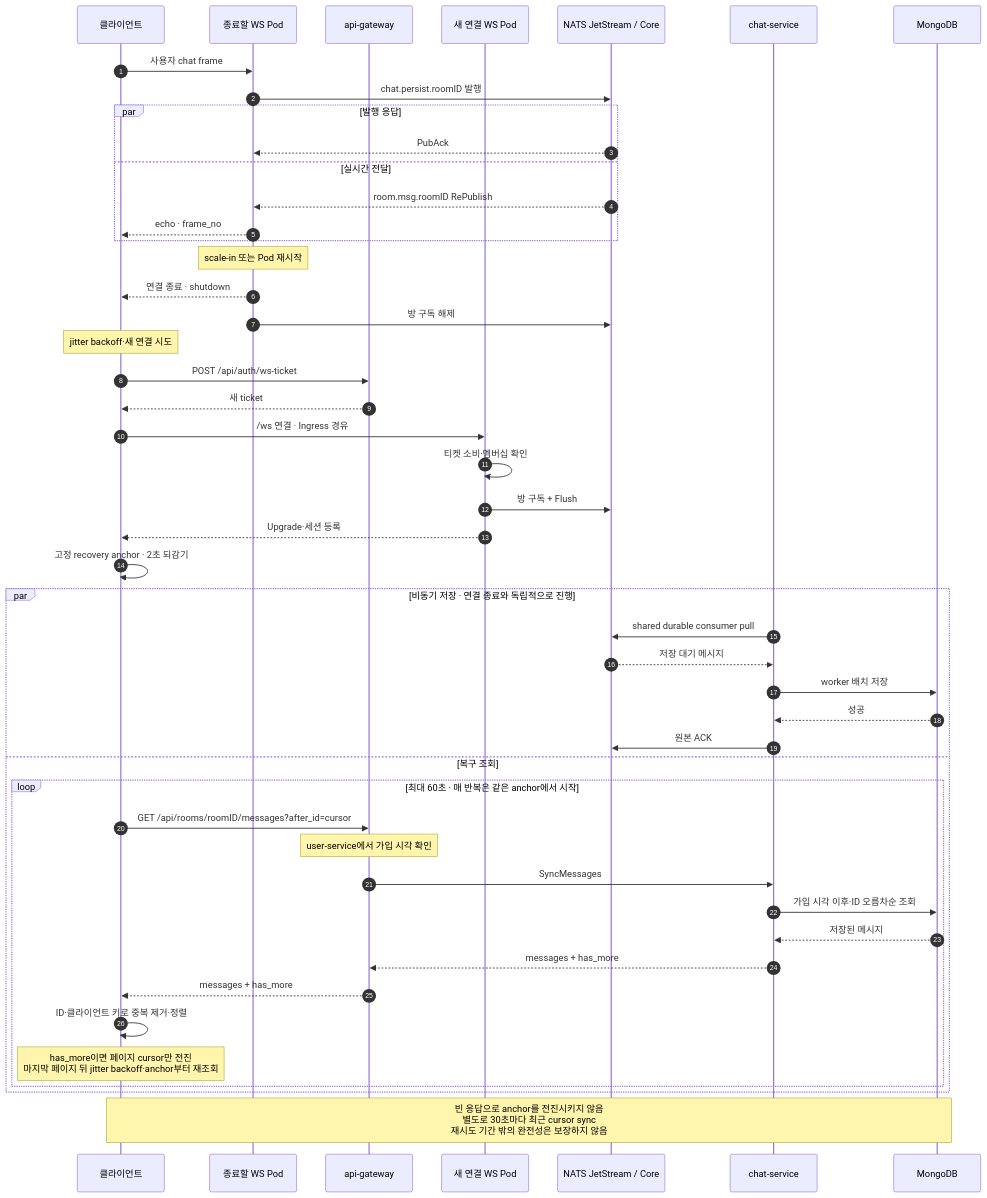
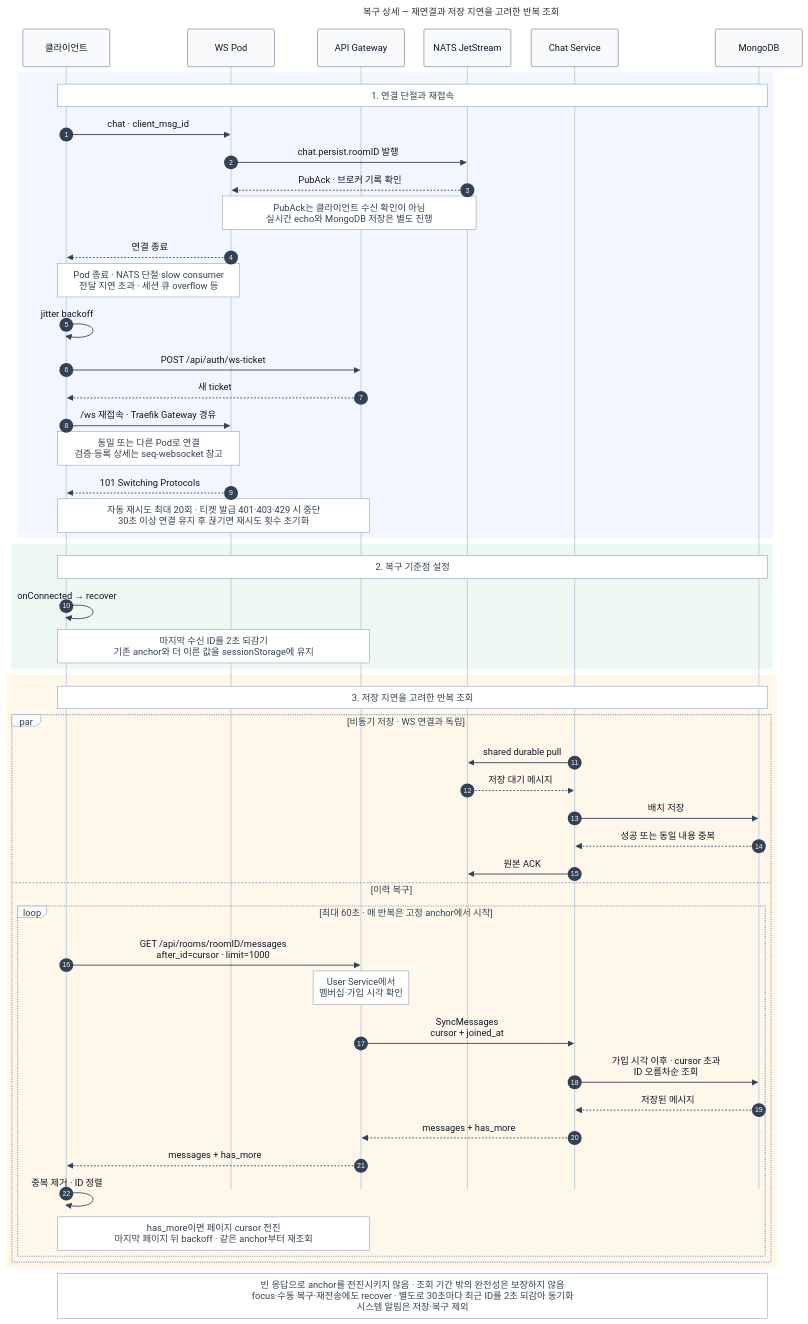
One commit to happyhun/go-chat-msa changed the diagram in docs/diagrams/seq-reconnect-recovery.mmd. Above: the diagram before and after it, drawn with Mermaid. The commit also changed 5 other files, not shown here.

Commit message:
docs: 다이어그램 최신화

```diff
--- a/docs/diagrams/seq-reconnect-recovery.mmd
+++ b/docs/diagrams/seq-reconnect-recovery.mmd
@@ -1,49 +1,78 @@
+---
+title: 복구 상세 — 재연결과 저장 지연을 고려한 반복 조회
+config:
+  theme: base
+  themeVariables:
+    actorBkg: '#f8fafc'
+    actorBorder: '#64748b'
+    actorTextColor: '#0f172a'
+    actorLineColor: '#cbd5e1'
+    signalColor: '#334155'
+    signalTextColor: '#0f172a'
+    noteBkgColor: '#ffffff'
+    noteBorderColor: '#94a3b8'
+    noteTextColor: '#334155'
+    labelBoxBkgColor: '#f8fafc'
+    labelBoxBorderColor: '#94a3b8'
+    labelTextColor: '#334155'
+    loopTextColor: '#334155'
+  sequence:
+    mirrorActors: false
+    actorMargin: 30
+    messageMargin: 25
+---
 sequenceDiagram
     autonumber
     participant C as 클라이언트
-    participant Old as 종료할 WS Pod
-    participant API as api-gateway
-    participant New as 새 연결 WS Pod
-    participant JS as NATS JetStream / Core
-    participant Chat as chat-service
+    participant WS as WS Pod
+    participant API as API Gateway
+    participant JS as NATS JetStream
+    participant Chat as Chat Service
     participant DB as MongoDB
 
-    C->>Old: 사용자 chat frame
-    Old->>JS: chat.persist.roomID 발행
-    par 발행 응답
-        JS-->>Old: PubAck
-    and 실시간 전달
-        JS-->>Old: room.msg.roomID RePublish
-        Old-->>C: echo · frame_no
+    rect rgb(241, 246, 255)
+        Note over C,DB: 1. 연결 단절과 재접속
+        C->>WS: chat · client_msg_id
+        WS->>JS: chat.persist.roomID 발행
+        JS-->>WS: PubAck · 브로커 기록 확인
+        Note over WS,JS: PubAck는 클라이언트 수신 확인이 아님<br/>실시간 echo와 MongoDB 저장은 별도 진행
+        WS-->>C: 연결 종료
+        Note over C,WS: Pod 종료 · NATS 단절·slow consumer<br/>전달 지연 초과 · 세션 큐 overflow 등
+        C->>C: jitter backoff
+        C->>API: POST /api/auth/ws-ticket
+        API-->>C: 새 ticket
+        C->>WS: /ws 재접속 · Traefik Gateway 경유
+        Note over C,WS: 동일 또는 다른 Pod로 연결<br/>검증·등록 상세는 seq-websocket 참고
+        WS-->>C: 101 Switching Protocols
+        Note over C,API: 자동 재시도 최대 20회 · 티켓 발급 401·403·429 시 중단<br/>30초 이상 연결 유지 후 끊기면 재시도 횟수 초기화
     end
-    Note over Old: scale-in 또는 Pod 재시작
-    Old-->>C: 연결 종료 · shutdown
-    Old->>JS: 방 구독 해제
-    Note over C: jitter backoff·새 연결 시도
-    C->>API: POST /api/auth/ws-ticket
-    API-->>C: 새 ticket
-    C->>New: /ws 연결 · Ingress 경유
-    New->>New: 티켓 소비·멤버십 확인
-    New->>JS: 방 구독 + Flush
-    New-->>C: Upgrade·세션 등록
-    C->>C: 고정 recovery anchor · 2초 되감기
-    par 비동기 저장 · 연결 종료와 독립적으로 진행
-        Chat->>JS: shared durable consumer pull
-        JS-->>Chat: 저장 대기 메시지
-        Chat->>DB: worker 배치 저장
-        DB-->>Chat: 성공
-        Chat->>JS: 원본 ACK
-    and 복구 조회
-        loop 최대 60초 · 매 반복은 같은 anchor에서 시작
-            C->>API: GET /api/rooms/roomID/messages?after_id=cursor
-            Note over API: user-service에서 가입 시각 확인
-            API->>Chat: SyncMessages
-            Chat->>DB: 가입 시각 이후·ID 오름차순 조회
-            DB-->>Chat: 저장된 메시지
-            Chat-->>API: messages + has_more
-            API-->>C: messages + has_more
-            C->>C: ID·클라이언트 키로 중복 제거·정렬
-            Note over C: has_more이면 페이지 cursor만 전진<br/>마지막 페이지 뒤 jitter backoff·anchor부터 재조회
+
+    rect rgb(238, 248, 242)
+        Note over C,DB: 2. 복구 기준점 설정
+        C->>C: onConnected → recover
+        Note over C,API: 마지막 수신 ID를 2초 되감기<br/>기존 anchor와 더 이른 값을 sessionStorage에 유지
+    end
+
+    rect rgb(255, 248, 234)
+        Note over C,DB: 3. 저장 지연을 고려한 반복 조회
+        par 비동기 저장 · WS 연결과 독립
+            Chat->>JS: shared durable pull
+            JS-->>Chat: 저장 대기 메시지
+            Chat->>DB: 배치 저장
+            DB-->>Chat: 성공 또는 동일 내용 중복
+            Chat->>JS: 원본 ACK
+        and 이력 복구
+            loop 최대 60초 · 매 반복은 고정 anchor에서 시작
+                C->>API: GET /api/rooms/roomID/messages<br/>after_id=cursor · limit=1000
+                Note over API: User Service에서<br/>멤버십·가입 시각 확인
+                API->>Chat: SyncMessages<br/>cursor + joined_at
+                Chat->>DB: 가입 시각 이후 · cursor 초과<br/>ID 오름차순 조회
+                DB-->>Chat: 저장된 메시지
+                Chat-->>API: messages + has_more
+                API-->>C: messages + has_more
+                C->>C: 중복 제거 · ID 정렬
+                Note over C,API: has_more이면 페이지 cursor 전진<br/>마지막 페이지 뒤 backoff · 같은 anchor부터 재조회
+            end
         end
     end
-    Note over C,DB: 빈 응답으로 anchor를 전진시키지 않음<br/>별도로 30초마다 최근 cursor sync<br/>재시도 기간 밖의 완전성은 보장하지 않음
+    Note over C,DB: 빈 응답으로 anchor를 전진시키지 않음 · 조회 기간 밖의 완전성은 보장하지 않음<br/>focus·수동 복구·재전송에도 recover · 별도로 30초마다 최근 ID를 2초 되감아 동기화<br/>시스템 알림은 저장·복구 제외
```
